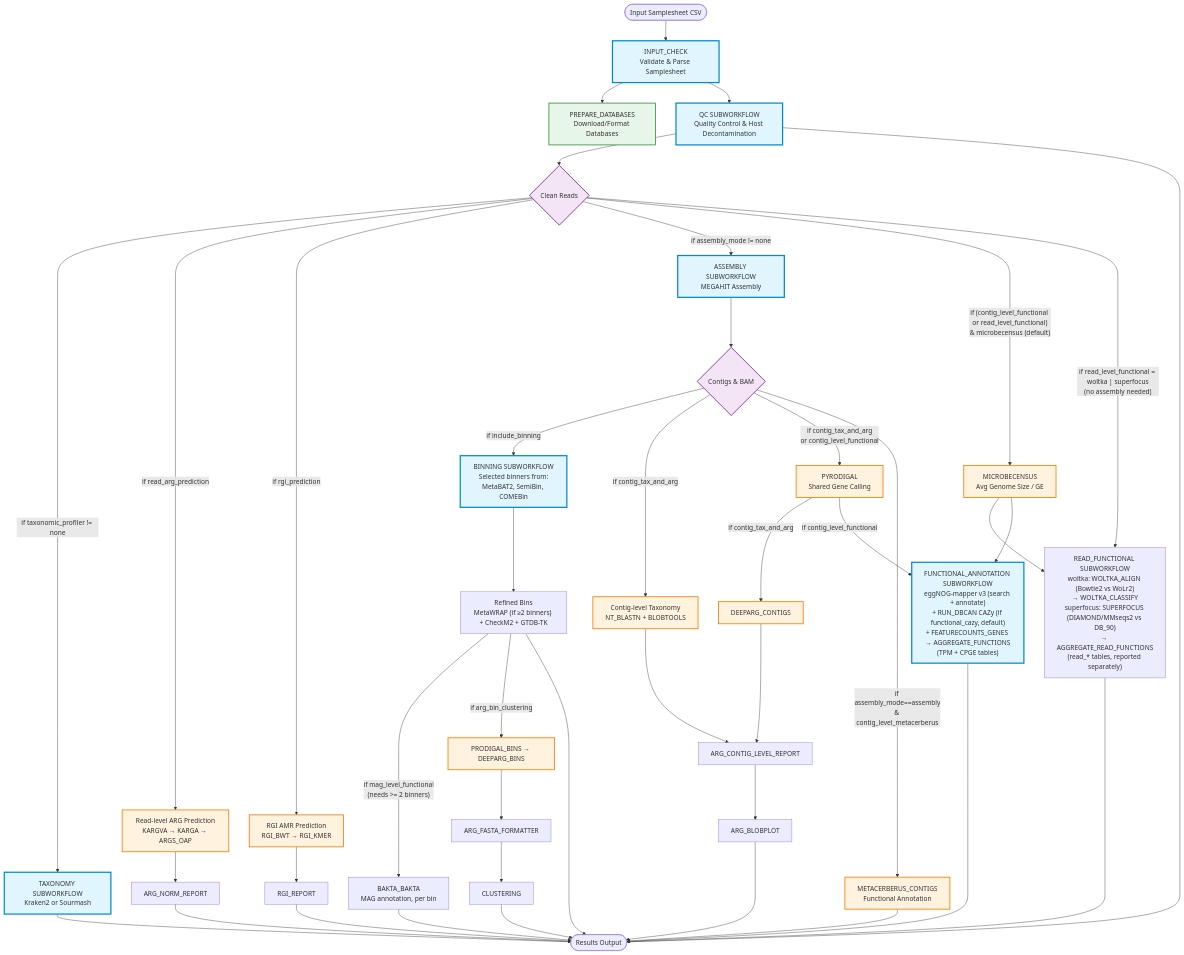
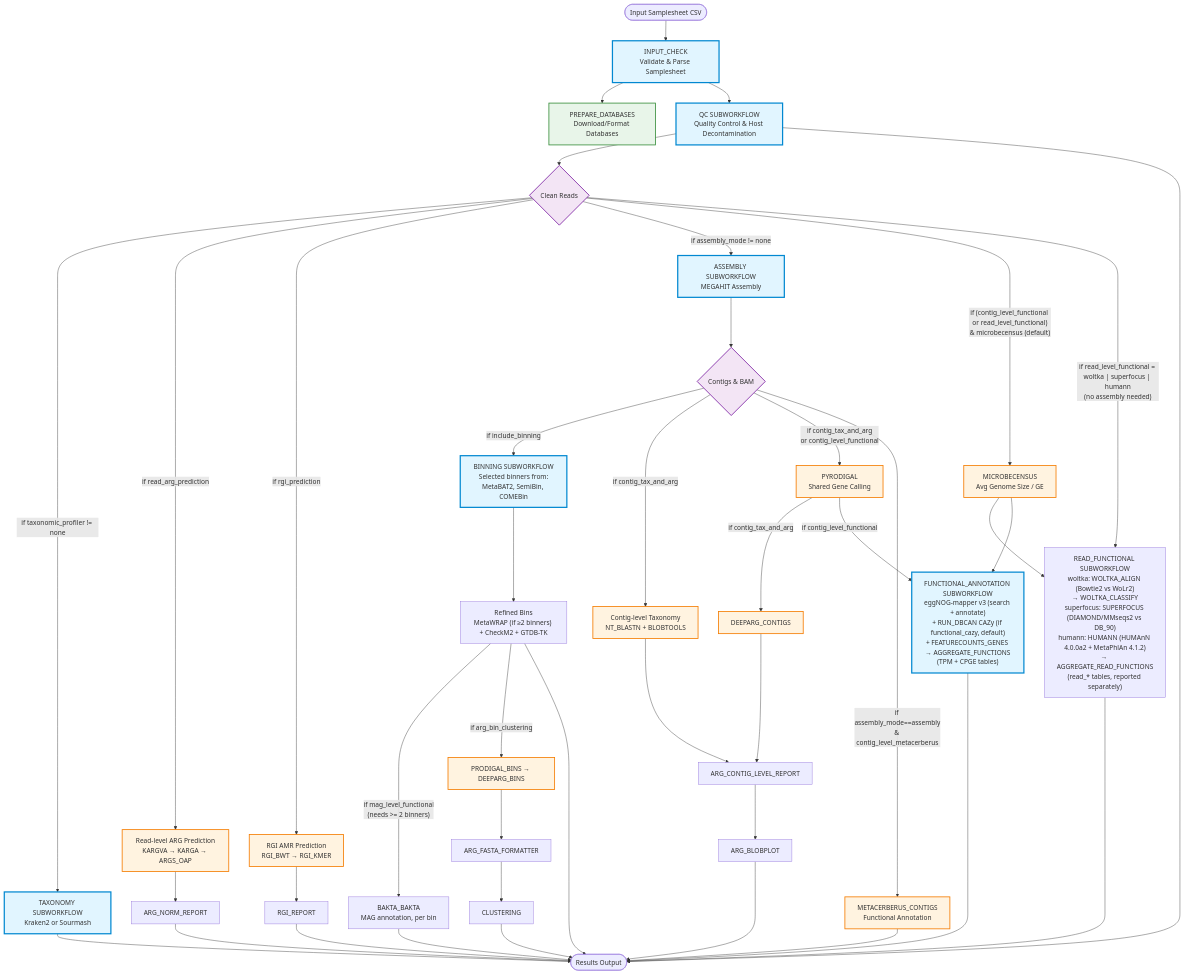
Before and after one commit to gene2dis/BugBuster: the first of 8 diagrams in docs/WORKFLOW_DIAGRAM.md, drawn with Mermaid. The commit also changed other lines of this file and 60 other files, not shown here.

First line of the commit message:
feat(functional): add the HUMAnN 4 read-level backend (T8c)

````diff
--- a/docs/WORKFLOW_DIAGRAM.md
+++ b/docs/WORKFLOW_DIAGRAM.md
@@ -10,78 +10,78 @@
 ```mermaid
 flowchart TD
     Start([Input Samplesheet CSV]) --> InputCheck[INPUT_CHECK<br/>Validate & Parse Samplesheet]
     
     InputCheck --> PrepDB[PREPARE_DATABASES<br/>Download/Format Databases]
     InputCheck --> QC
     
     %% Quality Control Branch
     QC[QC SUBWORKFLOW<br/>Quality Control & Host Decontamination] --> CleanReads{Clean Reads}
     
     %% Taxonomy Branch
     CleanReads -->|if taxonomic_profiler != none| Taxonomy[TAXONOMY SUBWORKFLOW<br/>Kraken2 or Sourmash]
     
     %% Read-level ARG Branch
     CleanReads -->|if read_arg_prediction| ReadARG[Read-level ARG Prediction<br/>KARGVA → KARGA → ARGS_OAP]
     ReadARG --> ARGNorm[ARG_NORM_REPORT]
 
     %% RGI Branch
     CleanReads -->|if rgi_prediction| RGI[RGI AMR Prediction<br/>RGI_BWT → RGI_KMER]
     RGI --> RGIReport[RGI_REPORT]
     
     %% Assembly Branch
     CleanReads -->|if assembly_mode != none| Assembly[ASSEMBLY SUBWORKFLOW<br/>MEGAHIT Assembly]
     
     Assembly --> Contigs{Contigs & BAM}
     
     %% Binning Branch
     Contigs -->|if include_binning| Binning[BINNING SUBWORKFLOW<br/>Selected binners from:<br/>MetaBAT2, SemiBin, COMEBin]
     Binning --> RefinedBins["Refined Bins<br/>MetaWRAP (if ≥2 binners) + CheckM2 + GTDB-TK"]
     
     %% Contig-level Analysis Branch
     Contigs -->|if contig_tax_and_arg| ContigTax[Contig-level Taxonomy<br/>NT_BLASTN + BLOBTOOLS]
     Contigs -->|"if contig_tax_and_arg<br/>or contig_level_functional"| Pyrodigal[PYRODIGAL<br/>Shared Gene Calling]
     Pyrodigal -->|if contig_tax_and_arg| ContigARG[DEEPARG_CONTIGS]
     ContigTax --> ARGContigReport
     ContigARG --> ARGContigReport[ARG_CONTIG_LEVEL_REPORT]
     ARGContigReport --> ARGBlobplot[ARG_BLOBPLOT]
 
     %% Functional Annotation Branch
     CleanReads -->|"if (contig_level_functional or read_level_functional)<br/>& microbecensus (default)"| MicrobeCensus[MICROBECENSUS<br/>Avg Genome Size / GE]
-    CleanReads -->|"if read_level_functional = woltka | superfocus<br/>(no assembly needed)"| ReadFunctional["READ_FUNCTIONAL SUBWORKFLOW<br/>woltka: WOLTKA_ALIGN (Bowtie2 vs WoLr2)<br/>→ WOLTKA_CLASSIFY<br/>superfocus: SUPERFOCUS (DIAMOND/MMseqs2 vs DB_90)<br/>→ AGGREGATE_READ_FUNCTIONS<br/>(read_* tables, reported separately)"]
+    CleanReads -->|"if read_level_functional = woltka | superfocus | humann<br/>(no assembly needed)"| ReadFunctional["READ_FUNCTIONAL SUBWORKFLOW<br/>woltka: WOLTKA_ALIGN (Bowtie2 vs WoLr2)<br/>→ WOLTKA_CLASSIFY<br/>superfocus: SUPERFOCUS (DIAMOND/MMseqs2 vs DB_90)<br/>humann: HUMANN (HUMAnN 4.0.0a2 + MetaPhlAn 4.1.2)<br/>→ AGGREGATE_READ_FUNCTIONS<br/>(read_* tables, reported separately)"]
     MicrobeCensus --> ReadFunctional
     Pyrodigal -->|if contig_level_functional| Functional["FUNCTIONAL_ANNOTATION SUBWORKFLOW<br/>eggNOG-mapper v3 (search + annotate)<br/>+ RUN_DBCAN CAZy (if functional_cazy, default)<br/>+ FEATURECOUNTS_GENES → AGGREGATE_FUNCTIONS<br/>(TPM + CPGE tables)"]
     MicrobeCensus --> Functional
     RefinedBins -->|"if mag_level_functional<br/>(needs >= 2 binners)"| Bakta[BAKTA_BAKTA<br/>MAG annotation, per bin]
 
     %% MetaCerberus Branch
     Contigs -->|if assembly_mode==assembly<br/>& contig_level_metacerberus| MetaCerberus[METACERBERUS_CONTIGS<br/>Functional Annotation]
     
     %% Bin ARG Clustering Branch
     RefinedBins -->|if arg_bin_clustering| BinARG[PRODIGAL_BINS → DEEPARG_BINS]
     BinARG --> ARGFormat[ARG_FASTA_FORMATTER]
     ARGFormat --> Clustering[CLUSTERING]
     
     %% End
     QC --> End([Results Output])
     Taxonomy --> End
     ARGNorm --> End
     RGIReport --> End
     ARGBlobplot --> End
     Clustering --> End
     MetaCerberus --> End
     Functional --> End
     ReadFunctional --> End
     Bakta --> End
     RefinedBins --> End
 
     %% Styling
     classDef subworkflow fill:#e1f5ff,stroke:#0288d1,stroke-width:3px
     classDef module fill:#fff3e0,stroke:#f57c00,stroke-width:2px
     classDef decision fill:#f3e5f5,stroke:#7b1fa2,stroke-width:2px
     classDef database fill:#e8f5e9,stroke:#388e3c,stroke-width:2px
     
     class InputCheck,QC,Taxonomy,Assembly,Binning,Functional subworkflow
     class ReadARG,RGI,ContigTax,ContigARG,BinARG,MetaCerberus,Pyrodigal,MicrobeCensus module
     class CleanReads,Contigs decision
     class PrepDB database
 ```
````
